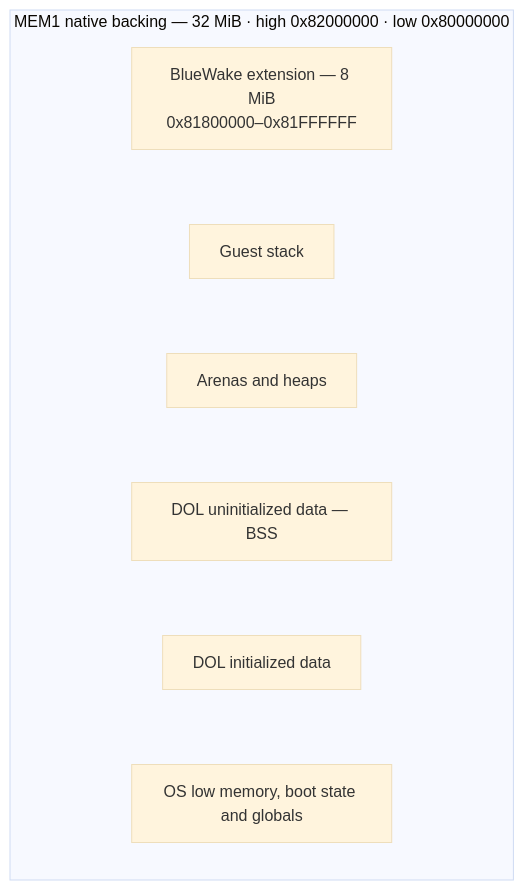
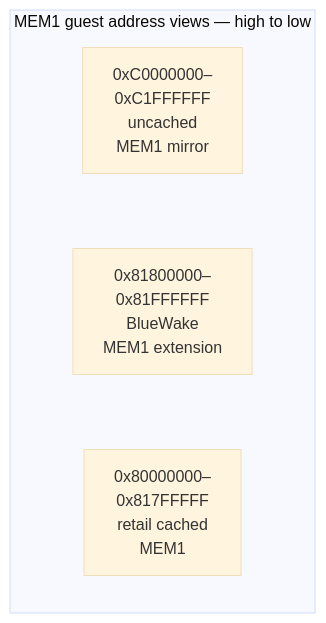
Before and after one commit to Aelbannan/boat_of_daphnes: the fourth of 6 diagrams in docs/architecture/GuestState.md, drawn with Mermaid (base theme). The commit also changed other lines of this file, not shown here.

Commit message:
docs: show vertical MEM1 address views

````diff
--- a/docs/architecture/GuestState.md
+++ b/docs/architecture/GuestState.md
@@ -449,15 +446,20 @@
 ```mermaid
 flowchart TB
-    subgraph MEM1["MEM1 native backing — 32 MiB · high 0x82000000 · low 0x80000000"]
+    subgraph Views["MEM1 guest address views — high to low"]
         direction TB
-        Extension["`BlueWake extension — 8 MiB
-0x81800000–0x81FFFFFF`"]
-        Stack["Guest stack"]
-        Arena["Arenas and heaps"]
-        BSS["DOL uninitialized data — BSS"]
-        Data["DOL initialized data"]
-        OS["OS low memory, boot state and globals"]
+        Mirror["`0xC0000000–
+0xC1FFFFFF
+uncached
+MEM1 mirror`"]
+        Extension["`0x81800000–
+0x81FFFFFF
+BlueWake
+MEM1 extension`"]
+        Retail["`0x80000000–
+0x817FFFFF
+retail cached
+MEM1`"]
 
-        Extension ~~~ Stack ~~~ Arena ~~~ BSS ~~~ Data ~~~ OS
+        Mirror ~~~ Extension ~~~ Retail
     end
 ```
````
